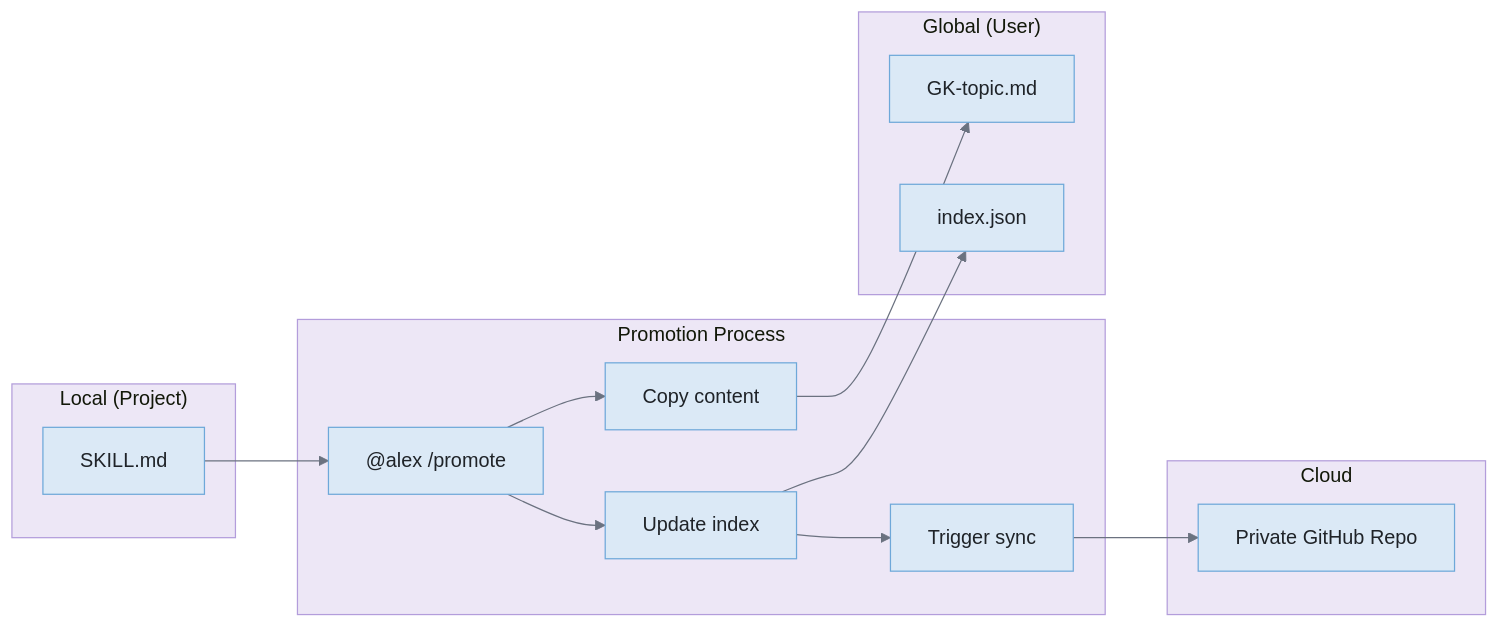
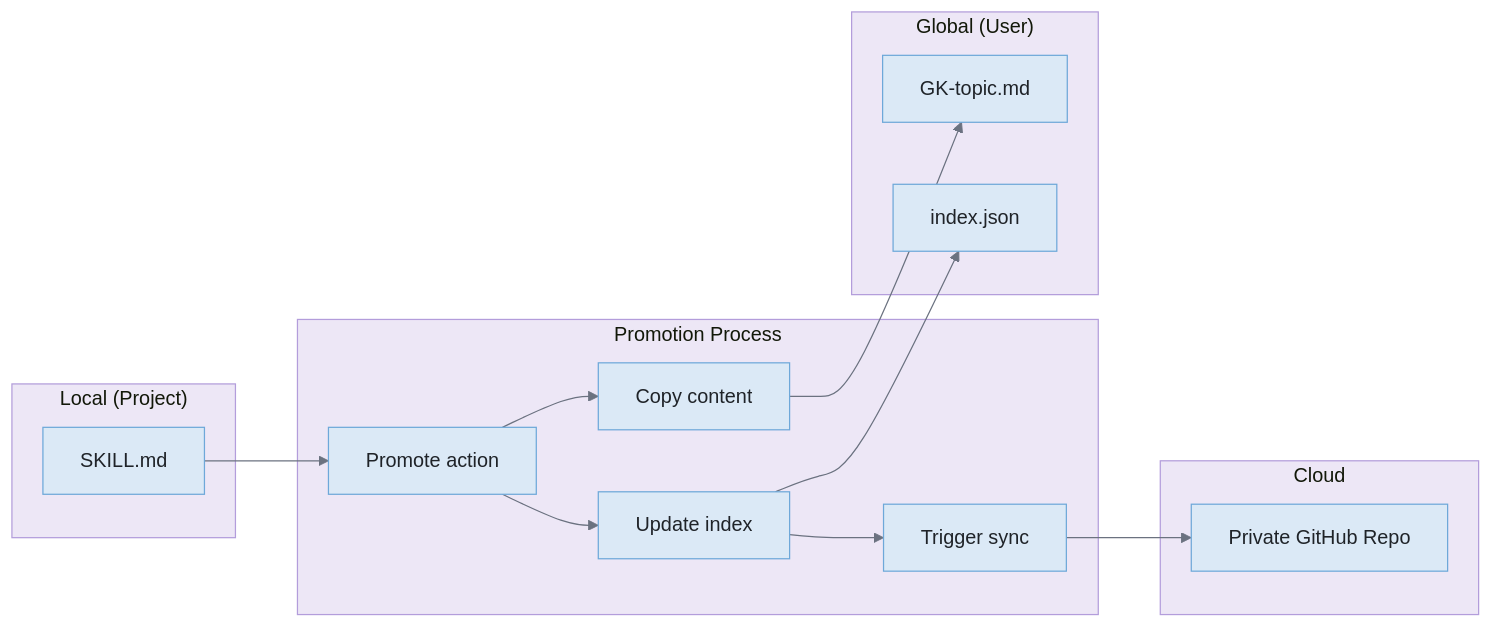
One commit to fabioc-aloha/Alex_Plug_In changed the fourth of 4 diagrams in alex_docs/architecture/MEMORY-SYSTEMS.md. Above: the diagram before and after it, drawn with Mermaid. The commit also changed 100 other files, not shown here.

````diff
--- a/alex_docs/architecture/MEMORY-SYSTEMS.md
+++ b/alex_docs/architecture/MEMORY-SYSTEMS.md
@@ -459,31 +459,31 @@
 ```mermaid
 %%{init: {'theme': 'base', 'themeVariables': {'background': '#f8f9fa', 'primaryColor': '#dbe9f6', 'primaryTextColor': '#1f2328', 'primaryBorderColor': '#6ea8d9', 'lineColor': '#6b7280', 'secondaryColor': '#d1f5ef', 'secondaryBorderColor': '#5ab5a0', 'tertiaryColor': '#ede7f6', 'tertiaryBorderColor': '#b39ddb', 'edgeLabelBackground': '#ffffff', 'fontFamily': 'Segoe UI, system-ui, sans-serif'}}}%%
 flowchart LR
     subgraph "Local (Project)"
         SK[SKILL.md]
     end
 
     subgraph "Promotion Process"
-        CMD["@alex /promote"]
+        CMD["Promote action"]
         COPY[Copy content]
         INDEX[Update index]
         SYNC[Trigger sync]
     end
 
     subgraph "Global (User)"
         GK[GK-topic.md]
         IDX[index.json]
     end
 
     subgraph "Cloud"
         GIST[Private GitHub Repo]
     end
 
     SK --> CMD
     CMD --> COPY
     COPY --> GK
     CMD --> INDEX
     INDEX --> IDX
     INDEX --> SYNC
     SYNC --> GIST
 ```
````
